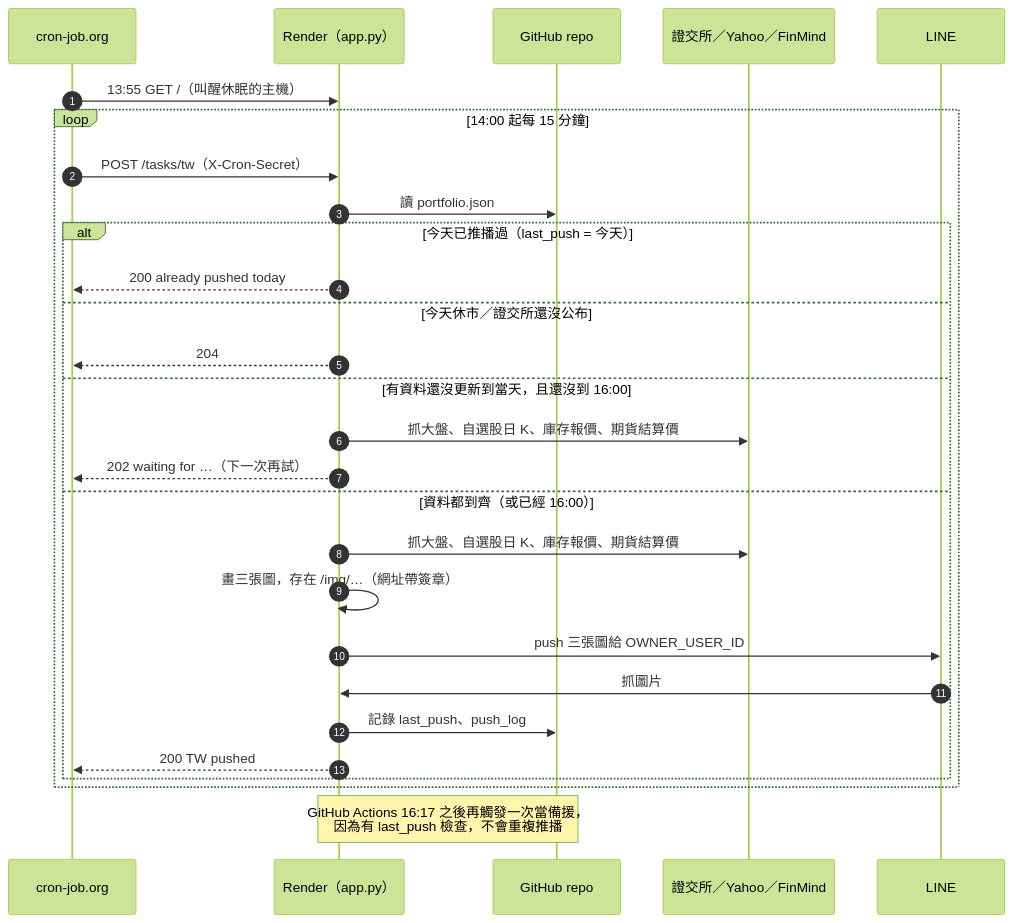
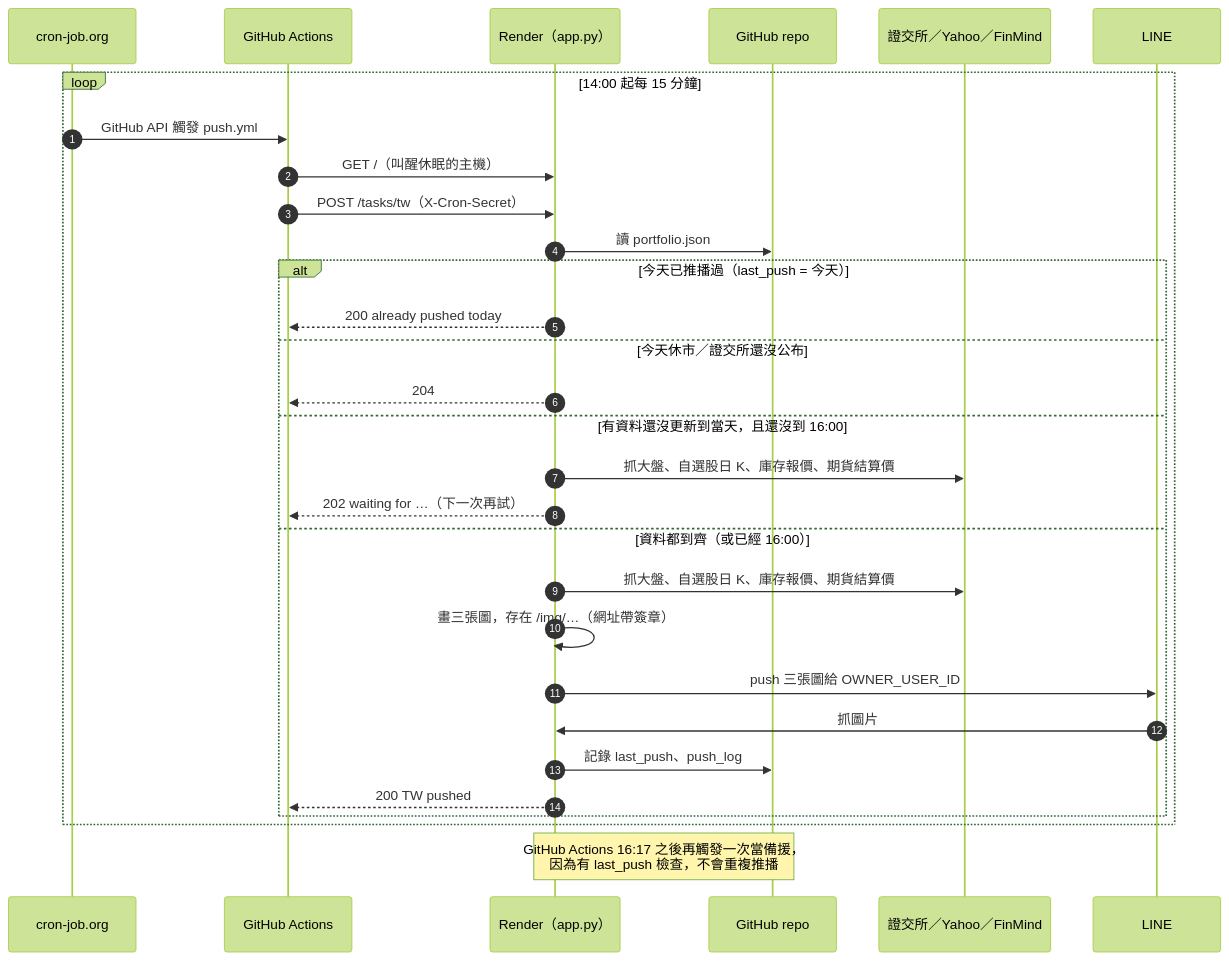
The second of 3 diagrams in README.md (scm611-byte/line-market-bot), drawn with Mermaid (forest theme) before and after one commit. The commit also changed other lines of this file, not shown here.

Commit message:
README：台股推播改為 cron-job.org → GitHub Actions → Render

````diff
--- a/README.md
+++ b/README.md
@@ -254,31 +251,33 @@
 ```mermaid
 sequenceDiagram
     autonumber
     participant C as cron-job.org
+    participant A as GitHub Actions
     participant B as Render（app.py）
     participant G as GitHub repo
     participant D as 證交所／Yahoo／FinMind
     participant L as LINE
 
-    C->>B: 13:55 GET /（叫醒休眠的主機）
     loop 14:00 起每 15 分鐘
-    C->>B: POST /tasks/tw（X-Cron-Secret）
+    C->>A: GitHub API 觸發 push.yml
+    A->>B: GET /（叫醒休眠的主機）
+    A->>B: POST /tasks/tw（X-Cron-Secret）
     B->>G: 讀 portfolio.json
     alt 今天已推播過（last_push = 今天）
-        B-->>C: 200 already pushed today
+        B-->>A: 200 already pushed today
     else 今天休市／證交所還沒公布
-        B-->>C: 204
+        B-->>A: 204
     else 有資料還沒更新到當天，且還沒到 16:00
         B->>D: 抓大盤、自選股日 K、庫存報價、期貨結算價
-        B-->>C: 202 waiting for …（下一次再試）
+        B-->>A: 202 waiting for …（下一次再試）
     else 資料都到齊（或已經 16:00）
         B->>D: 抓大盤、自選股日 K、庫存報價、期貨結算價
         B->>B: 畫三張圖，存在 /img/…（網址帶簽章）
         B->>L: push 三張圖給 OWNER_USER_ID
         L->>B: 抓圖片
         B->>G: 記錄 last_push、push_log
-        B-->>C: 200 TW pushed
+        B-->>A: 200 TW pushed
     end
     end
     Note over B,G: GitHub Actions 16:17 之後再觸發一次當備援，<br/>因為有 last_push 檢查，不會重複推播
 ```
````
